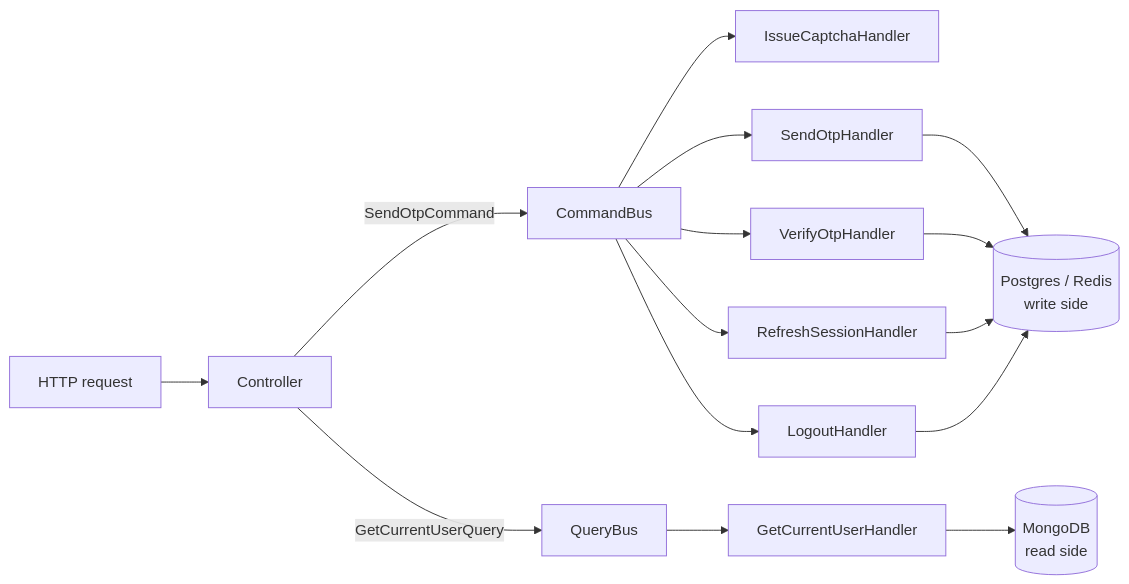
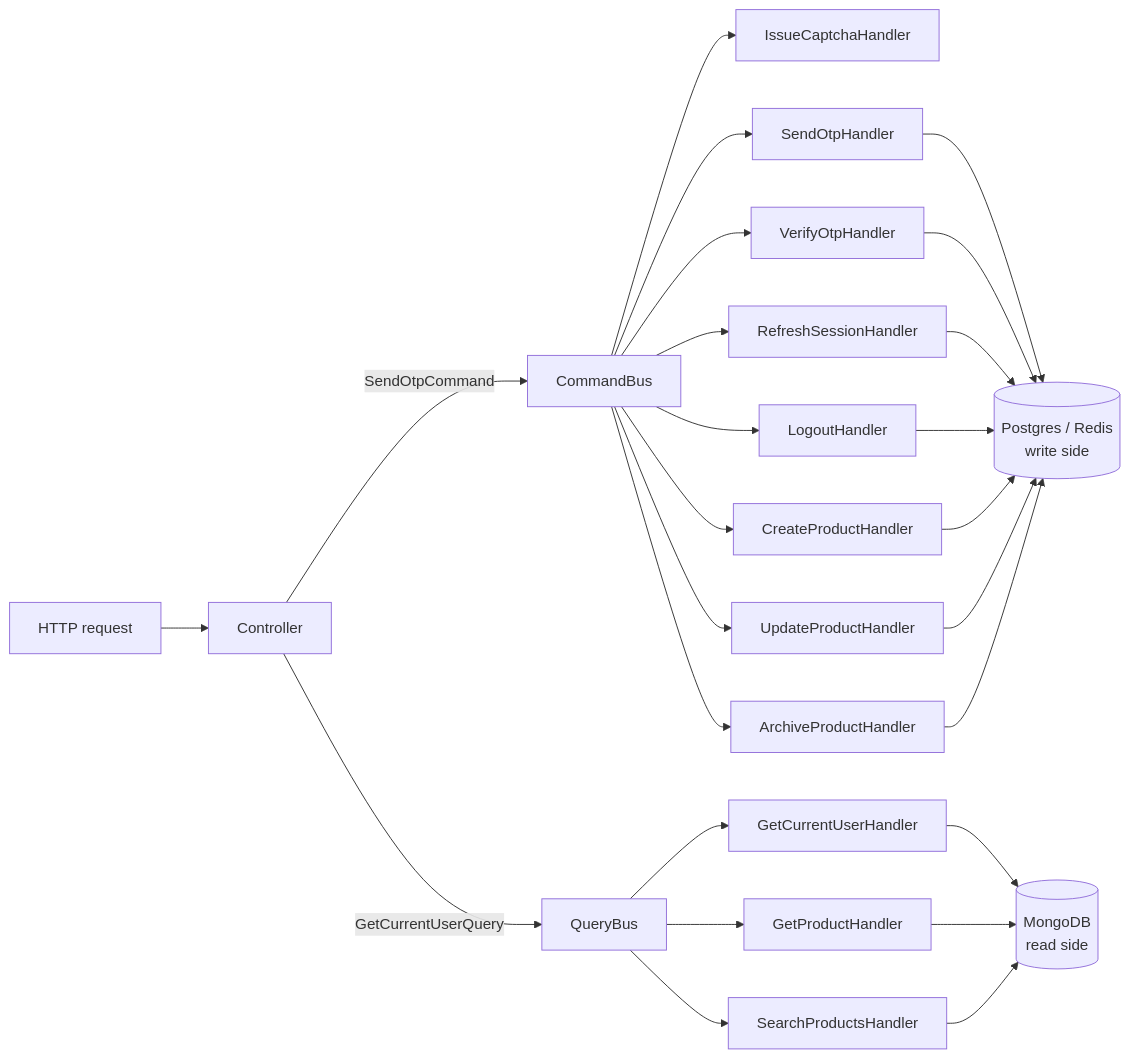
One commit to bhavaysavaliya/Lailo changed the third of 16 diagrams in docs/ARCHITECTURE.md. Above: the diagram before and after it, drawn with Mermaid. The commit also changed other lines of this file and 89 other files, not shown here.

````diff
--- a/docs/ARCHITECTURE.md
+++ b/docs/ARCHITECTURE.md
@@ -98,14 +104,19 @@
 ```mermaid
 flowchart LR
     req["HTTP request"] --> c["Controller"]
     c -- "SendOtpCommand" --> cb["CommandBus"]
     c -- "GetCurrentUserQuery" --> qb["QueryBus"]
     cb --> h1["IssueCaptchaHandler"]
     cb --> h2["SendOtpHandler"]
     cb --> h3["VerifyOtpHandler"]
     cb --> h4["RefreshSessionHandler"]
     cb --> h5["LogoutHandler"]
+    cb --> h6["CreateProductHandler"]
+    cb --> h7["UpdateProductHandler"]
+    cb --> h8["ArchiveProductHandler"]
     qb --> q1["GetCurrentUserHandler"]
-    h2 & h3 & h4 & h5 --> w[("Postgres / Redis<br/>write side")]
-    q1 --> r[("MongoDB<br/>read side")]
+    qb --> q2["GetProductHandler"]
+    qb --> q3["SearchProductsHandler"]
+    h2 & h3 & h4 & h5 & h6 & h7 & h8 --> w[("Postgres / Redis<br/>write side")]
+    q1 & q2 & q3 --> r[("MongoDB<br/>read side")]
 ```
````
